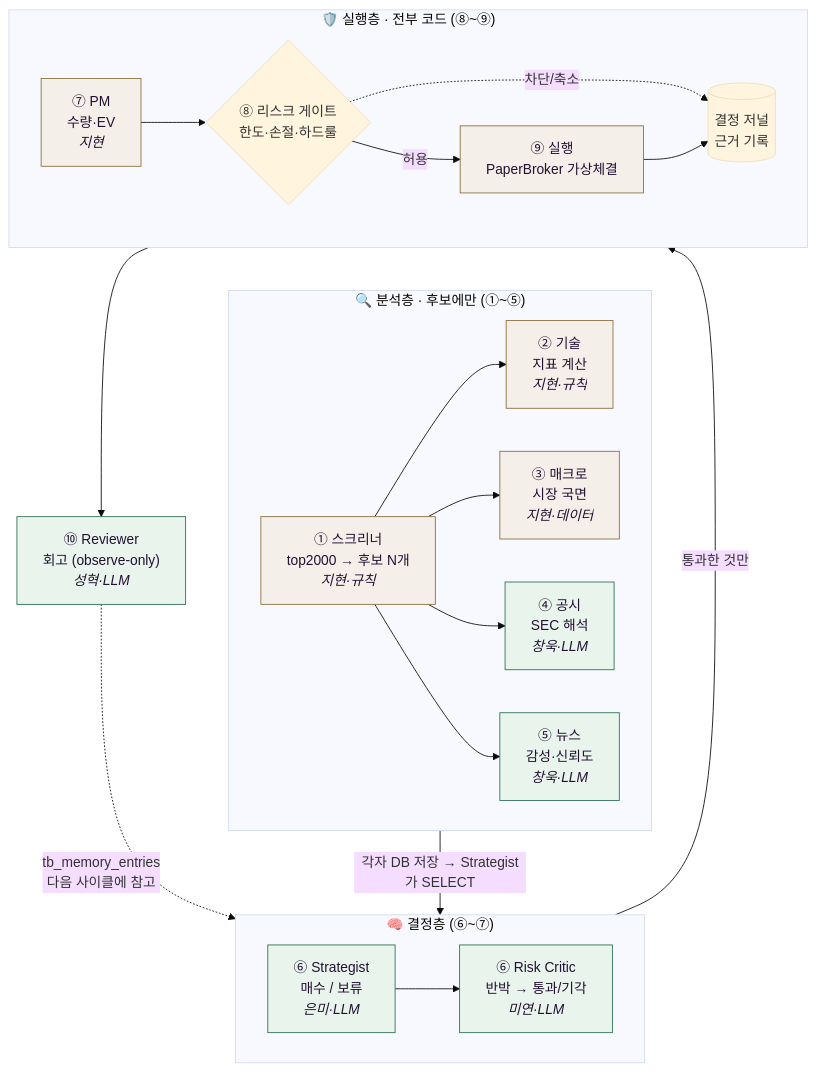
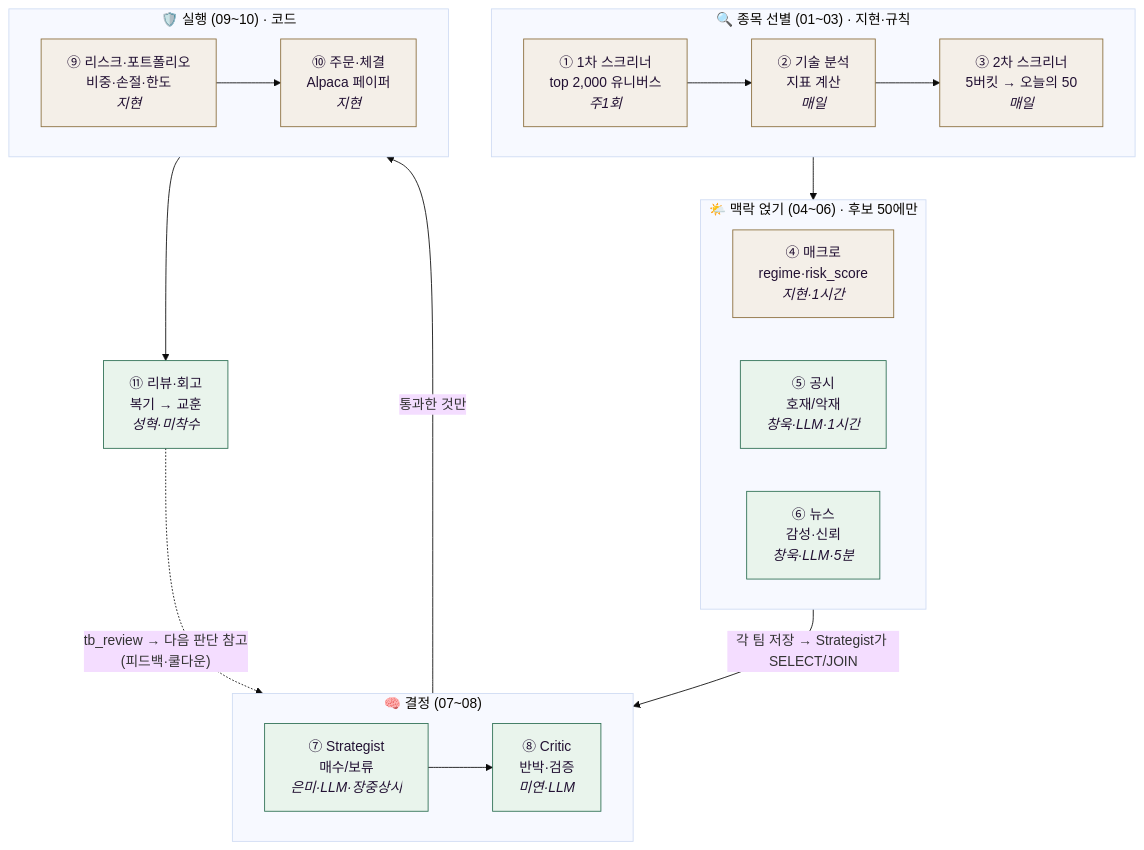
One commit to jaymunsh/quantinue-wiki changed the first of 3 diagrams in documents/facts/파이프라인.md. Above: the diagram before and after it, drawn with Mermaid (base theme). The commit also changed other lines of this file and 4 other files, not shown here.

````diff
--- a/documents/facts/파이프라인.md
+++ b/documents/facts/파이프라인.md
@@ -10,36 +11,37 @@
 ```mermaid
 flowchart TB
-  subgraph 수집분석["🔍 분석층 · 후보에만 (①~⑤)"]
+  subgraph 선별["🔍 종목 선별 (01~03) · 지현·규칙"]
     direction LR
-    SCR["① 스크리너<br/>top2000 → 후보 N개<br/><i>지현·규칙</i>"]
-    SCR --> TECH["② 기술<br/>지표 계산<br/><i>지현·규칙</i>"]
-    SCR --> MACRO["③ 매크로<br/>시장 국면<br/><i>지현·데이터</i>"]
-    SCR --> DISC["④ 공시<br/>SEC 해석<br/><i>창욱·LLM</i>"]
-    SCR --> NEWS["⑤ 뉴스<br/>감성·신뢰도<br/><i>창욱·LLM</i>"]
+    S1["① 1차 스크리너<br/>top 2,000 유니버스<br/><i>주1회</i>"] --> S2["② 기술 분석<br/>지표 계산<br/><i>매일</i>"]
+    S2 --> S3["③ 2차 스크리너<br/>5버킷 → 오늘의 50<br/><i>매일</i>"]
   end
 
-  수집분석 -->|"각자 DB 저장 → Strategist가 SELECT"| ST
-
-  subgraph 결정["🧠 결정층 (⑥~⑦)"]
+  subgraph 얹기["🌤️ 맥락 얹기 (04~06) · 후보 50에만"]
     direction LR
-    ST["⑥ Strategist<br/>매수 / 보류<br/><i>은미·LLM</i>"] --> RC["⑥ Risk Critic<br/>반박 → 통과/기각<br/><i>미연·LLM</i>"]
+    MA["④ 매크로<br/>regime·risk_score<br/><i>지현·1시간</i>"]
+    DI["⑤ 공시<br/>호재/악재<br/><i>창욱·LLM·1시간</i>"]
+    NE["⑥ 뉴스<br/>감성·신뢰<br/><i>창욱·LLM·5분</i>"]
   end
 
-  RC -->|"통과한 것만"| PM
+  S3 --> 얹기
+  얹기 -->|"각 팀 저장 → Strategist가 SELECT/JOIN"| ST
 
-  subgraph 실행["🛡️ 실행층 · 전부 코드 (⑧~⑨)"]
+  subgraph 결정["🧠 결정 (07~08)"]
     direction LR
-    PM["⑦ PM<br/>수량·EV<br/><i>지현</i>"] --> GATE{"⑧ 리스크 게이트<br/>한도·손절·하드룰"}
-    GATE -->|허용| EXE["⑨ 실행<br/>PaperBroker 가상체결"]
-    GATE -.차단/축소.-> LOG[("결정 저널<br/>근거 기록")]
-    EXE --> LOG
+    ST["⑦ Strategist<br/>매수/보류<br/><i>은미·LLM·장중상시</i>"] --> CR["⑧ Critic<br/>반박·검증<br/><i>미연·LLM</i>"]
   end
 
-  실행 --> RV["⑩ Reviewer<br/>회고 (observe-only)<br/><i>성혁·LLM</i>"]
-  RV -.->|"tb_memory_entries<br/>다음 사이클에 참고"| ST
+  subgraph 실행["🛡️ 실행 (09~10) · 코드"]
+    direction LR
+    RP["⑨ 리스크·포트폴리오<br/>비중·손절·한도<br/><i>지현</i>"] --> OD["⑩ 주문·체결<br/>Alpaca 페이퍼<br/><i>지현</i>"]
+  end
+
+  CR -->|"통과한 것만"| RP
+  OD --> RV["⑪ 리뷰·회고<br/>복기 → 교훈<br/><i>성혁·미착수</i>"]
+  RV -.->|"tb_review → 다음 판단 참고<br/>(피드백·쿨다운)"| ST
 
   classDef llm fill:#e9f4ec,stroke:#2C6E52,color:#213
   classDef code fill:#f4efe8,stroke:#8a6d3b,color:#213
-  class DISC,NEWS,ST,RC,RV llm
-  class SCR,TECH,MACRO,PM,EXE code
+  class DI,NE,ST,CR,RV llm
+  class S1,S2,S3,MA,RP,OD code
 ```
````
